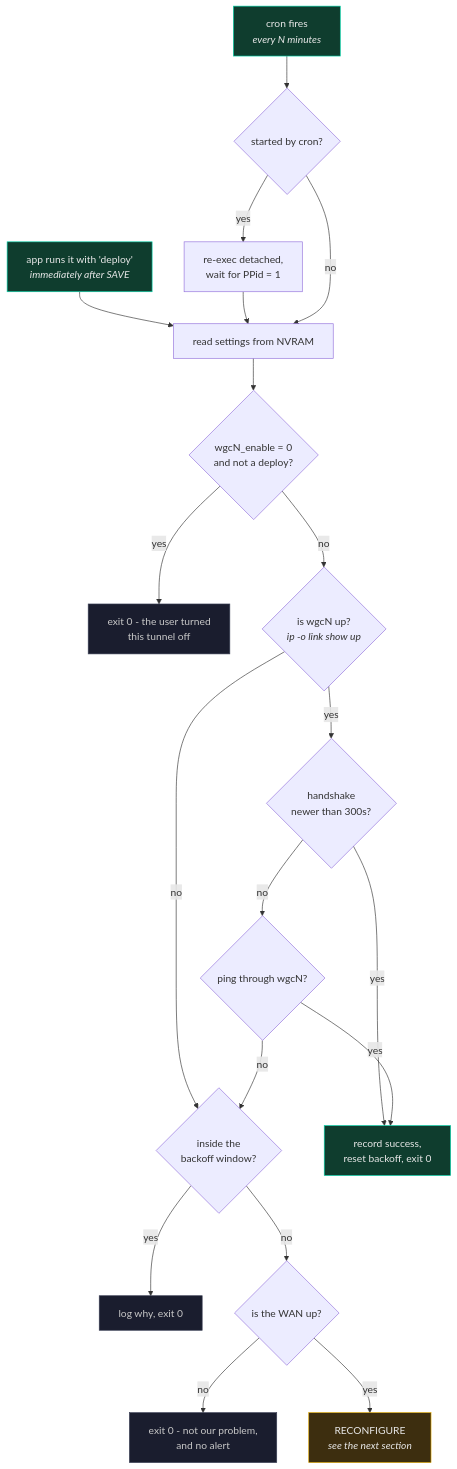
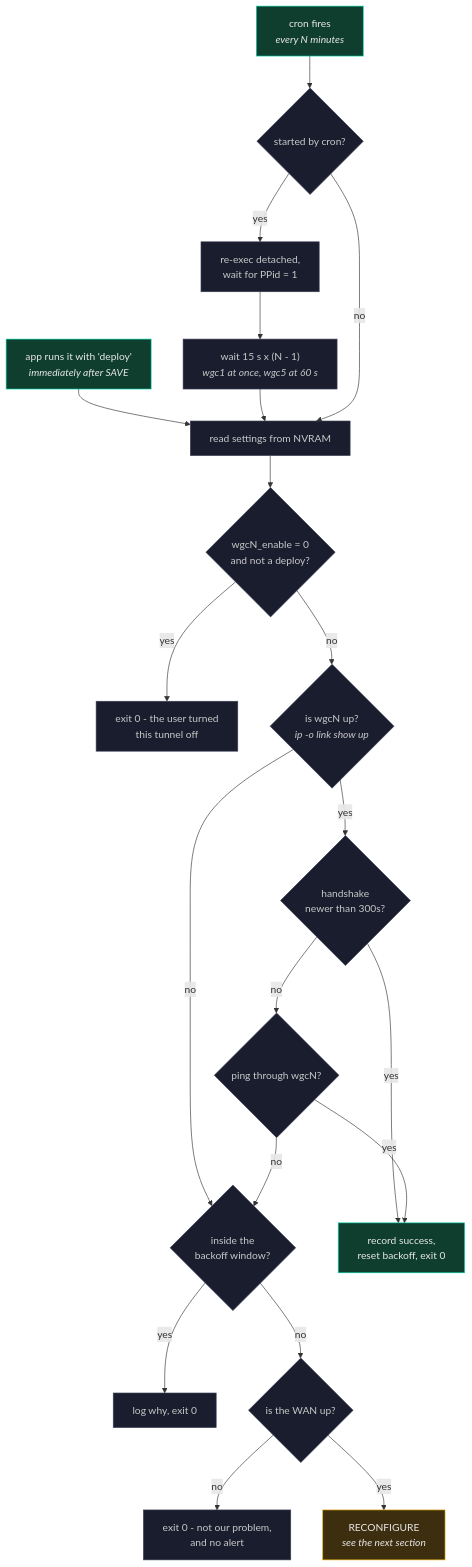
One commit to ExponentiallyDigital/cfg-pia-wg changed the sixth of 8 diagrams in ARCHITECTURE.md. Above: the diagram before and after it, drawn with Mermaid. The commit also changed other lines of this file and 41 other files, not shown here.

````diff
--- a/ARCHITECTURE.md
+++ b/ARCHITECTURE.md
@@ -1206,35 +1236,37 @@
 ```mermaid
 flowchart TD
     CRON["cron fires<br/><i>every N minutes</i>"] --> DETACH
     DEPLOY["app runs it with 'deploy'<br/><i>immediately after SAVE</i>"] --> LOAD
 
     DETACH{"started by cron?"}
     DETACH -->|yes| REEXEC["re-exec detached,<br/>wait for PPid = 1"]
-    REEXEC --> LOAD
+    REEXEC --> STAGGER["wait 15 s x (N - 1)<br/><i>wgc1 at once, wgc5 at 60 s</i>"]
+    STAGGER --> LOAD
     DETACH -->|no| LOAD
 
     LOAD["read settings from NVRAM"] --> ENABLED{"wgcN_enable = 0<br/>and not a deploy?"}
     ENABLED -->|yes| STOP1["exit 0 - the user turned<br/>this tunnel off"]
     ENABLED -->|no| IFACE
 
     IFACE{"is wgcN up?<br/><i>ip -o link show up</i>"}
     IFACE -->|no| BACKOFF
     IFACE -->|yes| HS{"handshake<br/>newer than 300s?"}
     HS -->|yes| OK["record success,<br/>reset backoff, exit 0"]
     HS -->|no| PING{"ping through wgcN?"}
     PING -->|yes| OK
     PING -->|no| BACKOFF
 
     BACKOFF{"inside the<br/>backoff window?"}
     BACKOFF -->|yes| STOP2["log why, exit 0"]
     BACKOFF -->|no| WAN{"is the WAN up?"}
     WAN -->|no| STOP3["exit 0 - not our problem,<br/>and no alert"]
     WAN -->|yes| RECONF["RECONFIGURE<br/><i>see the next section</i>"]
 
     classDef go fill:#0F3D2E,stroke:#00D4AA,color:#E8E8E8
-    classDef stop fill:#1A1D2E,stroke:#3A3F55,color:#C8C8C8
+    classDef bad fill:#3D1A1A,stroke:#E05252,color:#E8E8E8
     classDef work fill:#3D2E0F,stroke:#E0A800,color:#E8E8E8
+    classDef step fill:#1A1D2E,stroke:#3A3F55,color:#C8C8C8
     class CRON,DEPLOY,OK go
-    class STOP1,STOP2,STOP3 stop
+    class STOP1,STOP2,STOP3,DETACH,REEXEC,STAGGER,LOAD,ENABLED,IFACE,HS,PING,BACKOFF,WAN step
     class RECONF work
 ```
````
